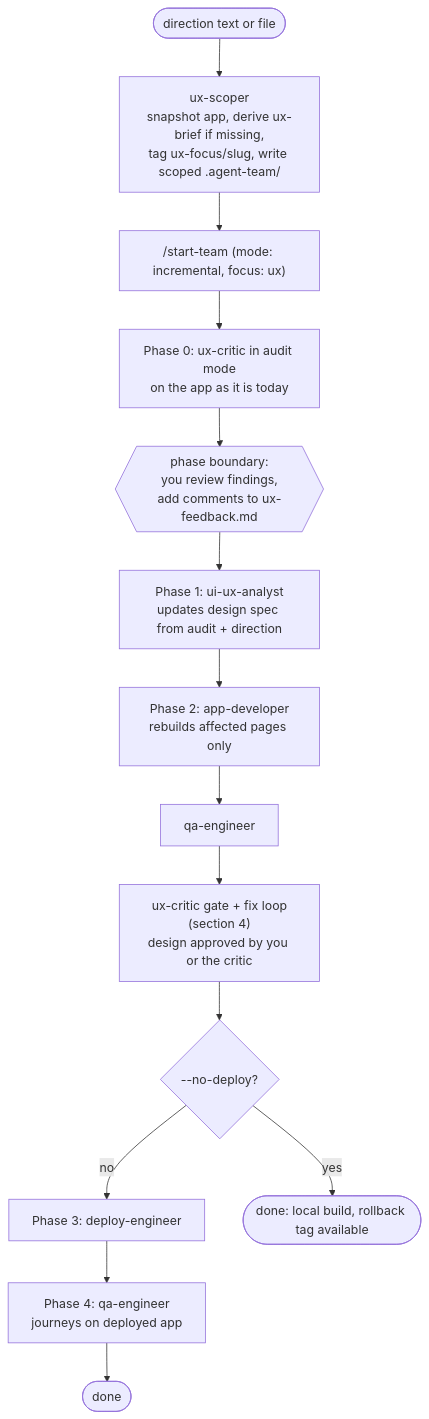
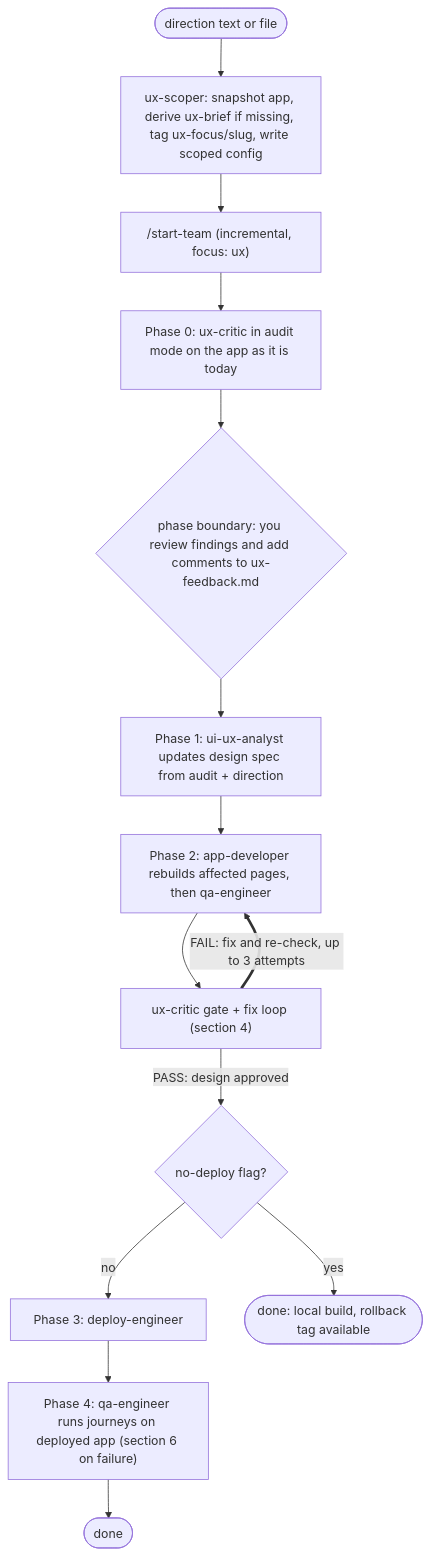
The fifth of 6 diagrams in docs/workflow.md (jesusr-db/agent_team), drawn with Mermaid before and after one commit. The commit also changed other lines of this file, not shown here.

First line of the commit message:
docs: fix workflow diagrams and show iteration loops

````diff
--- a/docs/workflow.md
+++ b/docs/workflow.md
@@ -89,16 +91,16 @@
 ```mermaid
 flowchart TD
-    DIR(["direction text or file"]) --> SC["ux-scoper<br/>snapshot app, derive ux-brief if missing,<br/>tag ux-focus/slug, write scoped .agent-team/"]
-    SC --> ST["/start-team (mode: incremental, focus: ux)"]
-    ST --> P0["Phase 0: ux-critic in audit mode<br/>on the app as it is today"]
-    P0 --> HT{{"phase boundary:<br/>you review findings,<br/>add comments to ux-feedback.md"}}
-    HT --> P1["Phase 1: ui-ux-analyst<br/>updates design spec from audit + direction"]
-    P1 --> P2["Phase 2: app-developer<br/>rebuilds affected pages only"]
-    P2 --> QA[qa-engineer]
-    QA --> GATE["ux-critic gate + fix loop<br/>(section 4)<br/>design approved by you or the critic"]
-    GATE --> DEP{"--no-deploy?"}
-    DEP -- no --> D["Phase 3: deploy-engineer"]
-    D --> V["Phase 4: qa-engineer<br/>journeys on deployed app"]
-    V --> END([done])
-    DEP -- yes --> END2([done: local build, rollback tag available])
+    DIR(["direction text or file"]) --> SC["ux-scoper: snapshot app, derive ux-brief if missing, tag ux-focus/slug, write scoped config"]
+    SC --> ST["/start-team (incremental, focus: ux)"]
+    ST --> P0["Phase 0: ux-critic in audit mode on the app as it is today"]
+    P0 --> HT{"phase boundary: you review findings and add comments to ux-feedback.md"}
+    HT --> P1["Phase 1: ui-ux-analyst updates design spec from audit + direction"]
+    P1 --> P2["Phase 2: app-developer rebuilds affected pages, then qa-engineer"]
+    P2 --> GATE["ux-critic gate + fix loop (section 4)"]
+    GATE ==>|"FAIL: fix and re-check, up to 3 attempts"| P2
+    GATE -->|"PASS: design approved"| DEP{"no-deploy flag?"}
+    DEP -->|"no"| D["Phase 3: deploy-engineer"]
+    D --> V["Phase 4: qa-engineer runs journeys on deployed app (section 6 on failure)"]
+    V --> END1(["done"])
+    DEP -->|"yes"| END2(["done: local build, rollback tag available"])
 ```
````
